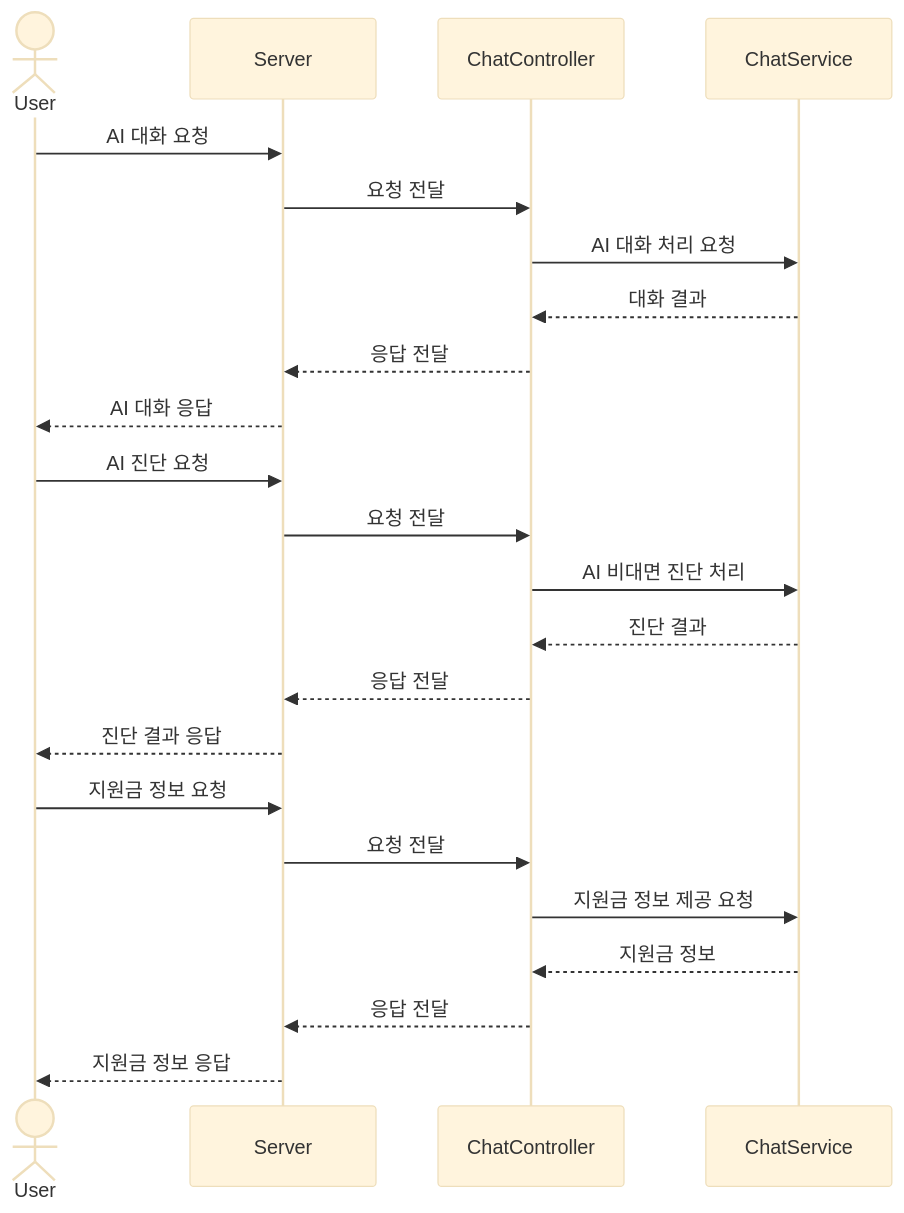
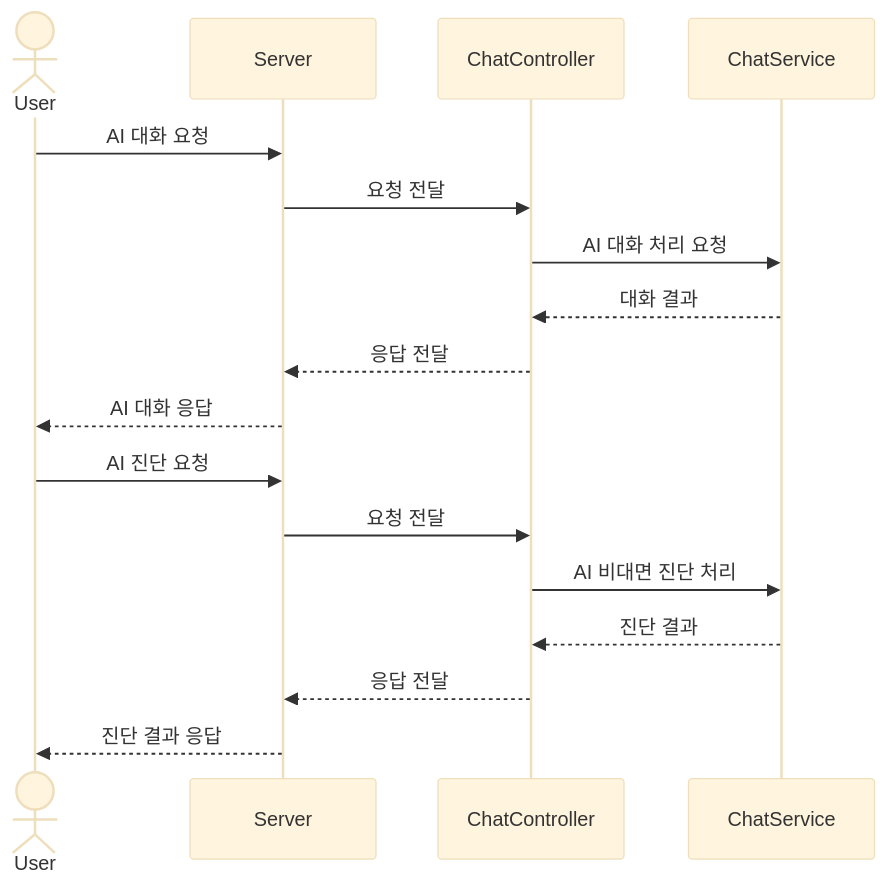
One commit to Estsoft-Udon/ClassicJeans changed the diagram in docs/diagrams/chat/chat_function.md. Above: the diagram before and after it, drawn with Mermaid (base theme).

Commit message:
docs: chat_function sequence diagram fixed
지원금 정보 삭제

````diff
--- a/docs/diagrams/chat/chat_function.md
+++ b/docs/diagrams/chat/chat_function.md
@@ -1,31 +1,23 @@
 ```mermaid
 sequenceDiagram
     actor User
     participant Server
     participant ChatController
     participant ChatService
 
 %% AI 기반 대화 동반자
     User->>Server: AI 대화 요청
     Server->>ChatController: 요청 전달
     ChatController->>ChatService: AI 대화 처리 요청
     ChatService-->>ChatController: 대화 결과
     ChatController-->>Server: 응답 전달
     Server-->>User: AI 대화 응답
 
 %% AI 비대면 진단
     User->>Server: AI 진단 요청
     Server->>ChatController: 요청 전달
     ChatController->>ChatService: AI 비대면 진단 처리
     ChatService-->>ChatController: 진단 결과
     ChatController-->>Server: 응답 전달
     Server-->>User: 진단 결과 응답
-
-%% 출생년도 기반 지원금 정보 제공
-    User->>Server: 지원금 정보 요청
-    Server->>ChatController: 요청 전달
-    ChatController->>ChatService: 지원금 정보 제공 요청
-    ChatService-->>ChatController: 지원금 정보
-    ChatController-->>Server: 응답 전달
-    Server-->>User: 지원금 정보 응답
 ```
````
